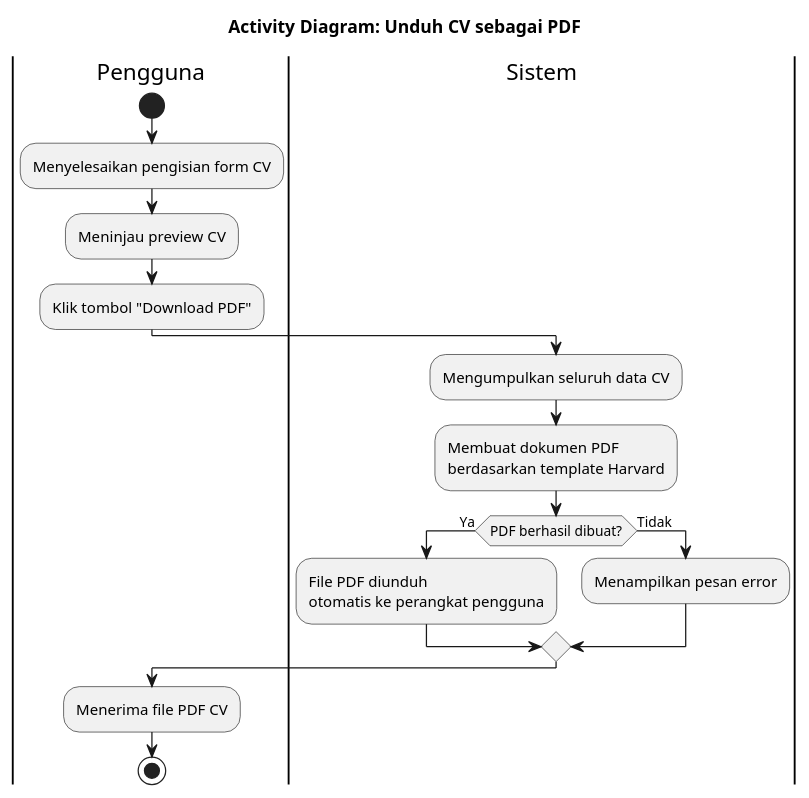
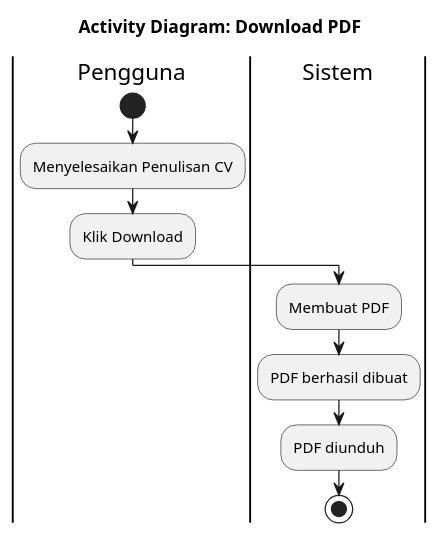
One commit to dewandaca/cvbuilder changed the diagram in docs/plantuml/04c_activity_download_pdf.puml. Above: the diagram before and after it, drawn with PlantUML. The commit also changed 7 other files, not shown here.

Commit message:
refactor: improve landing page copywriting and update activity diagrams

```diff
--- a/docs/plantuml/04c_activity_download_pdf.puml
+++ b/docs/plantuml/04c_activity_download_pdf.puml
@@ -1,24 +1,14 @@
 @startuml
-title Activity Diagram: Unduh CV sebagai PDF
+title Activity Diagram: Download PDF
 
 |Pengguna|
 start
-:Menyelesaikan pengisian form CV;
-:Meninjau preview CV;
-:Klik tombol "Download PDF";
+:Menyelesaikan Penulisan CV;
+:Klik Download;
 
 |Sistem|
-:Mengumpulkan seluruh data CV;
-:Membuat dokumen PDF\nberdasarkan template Harvard;
-
-if (PDF berhasil dibuat?) then (Ya)
-  :File PDF diunduh\notomatis ke perangkat pengguna;
-else (Tidak)
-  :Menampilkan pesan error;
-endif
-
-|Pengguna|
-:Menerima file PDF CV;
-
+:Membuat PDF;
+:PDF berhasil dibuat;
+:PDF diunduh;
 stop
 @enduml
```
